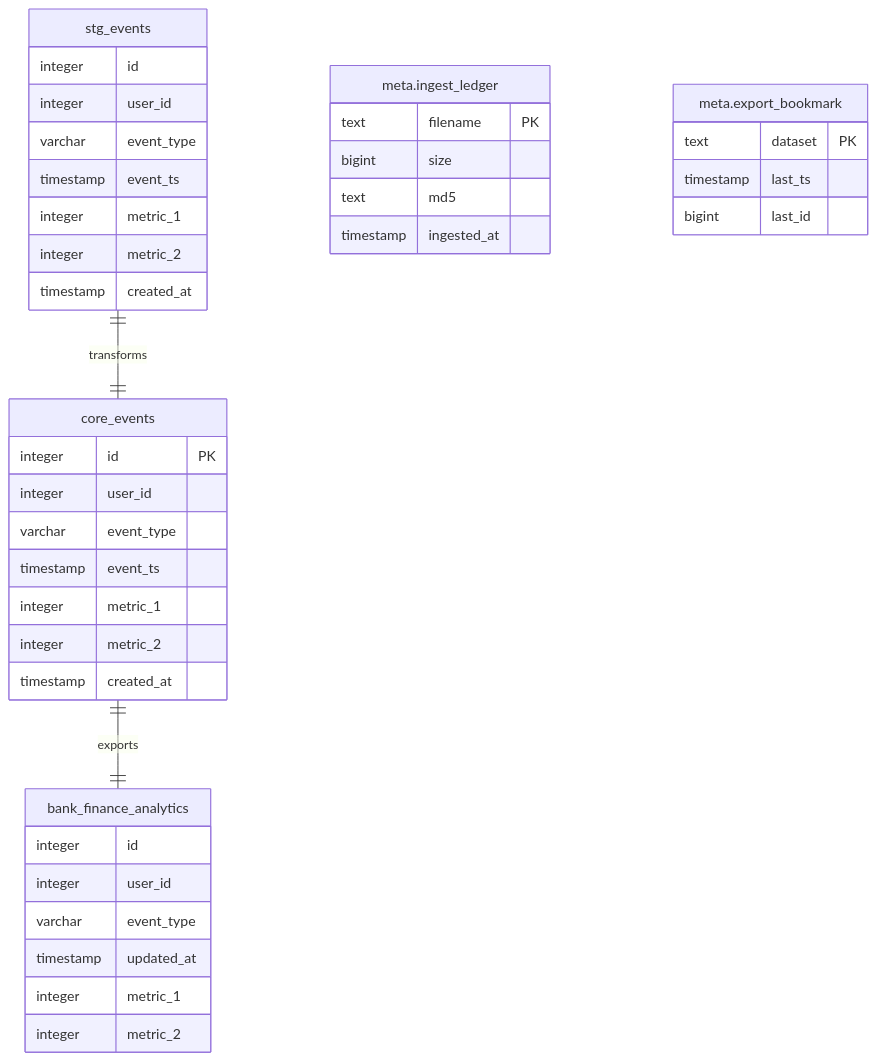
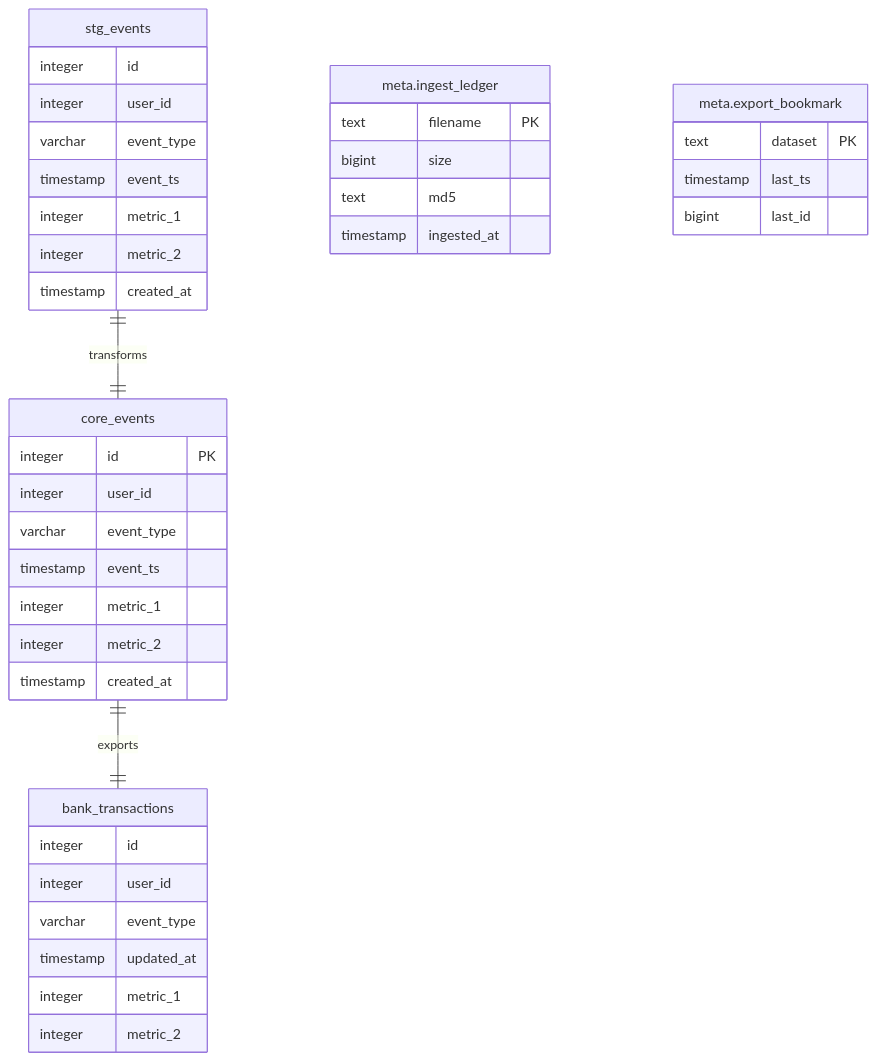
The sixth of 9 diagrams in docs/docs/diagrams.md (criscit/finance-analytics-pipeline), drawn with Mermaid before and after one commit. The commit also changed 22 other files, not shown here.

````diff
--- a/docs/docs/diagrams.md
+++ b/docs/docs/diagrams.md
@@ -153,47 +153,47 @@
 ```mermaid
 erDiagram
     stg_events {
         integer id
         integer user_id
         varchar event_type
         timestamp event_ts
         integer metric_1
         integer metric_2
         timestamp created_at
     }
     
     core_events {
         integer id PK
         integer user_id
         varchar event_type
         timestamp event_ts
         integer metric_1
         integer metric_2
         timestamp created_at
     }
     
-    bank_finance_analytics {
+    bank_transactions{
         integer id
         integer user_id
         varchar event_type
         timestamp updated_at
         integer metric_1
         integer metric_2
     }
     
     meta.ingest_ledger {
         text filename PK
         bigint size
         text md5
         timestamp ingested_at
     }
     
     meta.export_bookmark {
         text dataset PK
         timestamp last_ts
         bigint last_id
     }
     
     stg_events ||--|| core_events : transforms
-    core_events ||--|| bank_finance_analytics : exports
+    core_events ||--|| bank_transactions: exports
 ```
````
